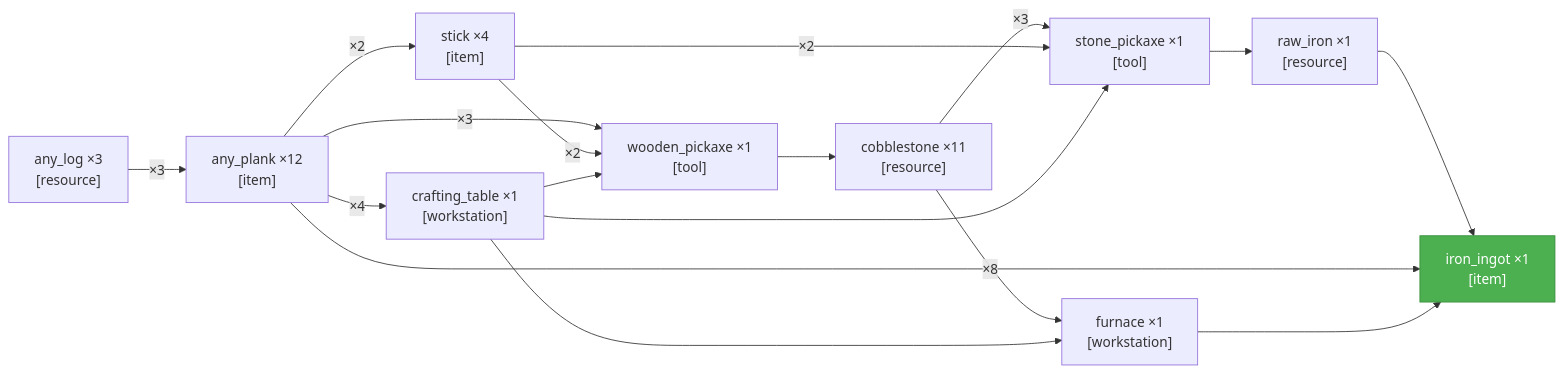
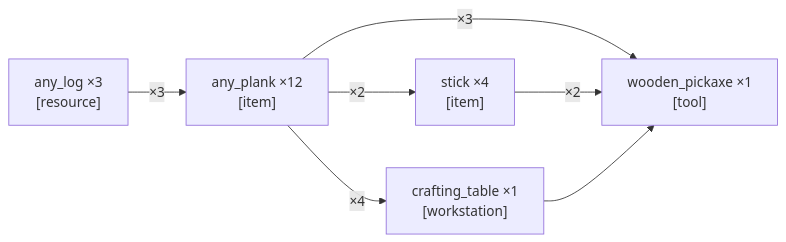
The diagram in achievement_hunter/current_graphs.md (tomfenno/embodied-intelligence-minecraft), drawn with Mermaid before and after one commit. The commit also changed other lines of this file and 11 other files, not shown here.

````diff
--- a/achievement_hunter/current_graphs.md
+++ b/achievement_hunter/current_graphs.md
@@ -4,30 +8,14 @@
 ```mermaid
 graph LR
-    iron_ingot["iron_ingot ×1<br/>[item]"]
-    raw_iron["raw_iron ×1<br/>[resource]"]
-    furnace["furnace ×1<br/>[workstation]"]
-    stone_pickaxe["stone_pickaxe ×1<br/>[tool]"]
-    cobblestone["cobblestone ×11<br/>[resource]"]
     wooden_pickaxe["wooden_pickaxe ×1<br/>[tool]"]
+    crafting_table["crafting_table ×1<br/>[workstation]"]
     stick["stick ×4<br/>[item]"]
-    crafting_table["crafting_table ×1<br/>[workstation]"]
     any_plank["any_plank ×12<br/>[item]"]
     any_log["any_log ×3<br/>[resource]"]
-    raw_iron -->iron_ingot
-    any_plank -->iron_ingot
-    furnace -->iron_ingot
-    stone_pickaxe -->raw_iron
-    cobblestone -->|"×8"| furnace
-    crafting_table -->furnace
-    cobblestone -->|"×3"| stone_pickaxe
-    stick -->|"×2"| stone_pickaxe
-    crafting_table -->stone_pickaxe
-    wooden_pickaxe -->cobblestone
+    any_log -->|"×3"| any_plank
+    any_plank -->|"×4"| crafting_table
     any_plank -->|"×2"| stick
     any_plank -->|"×3"| wooden_pickaxe
     stick -->|"×2"| wooden_pickaxe
     crafting_table -->wooden_pickaxe
-    any_plank -->|"×4"| crafting_table
-    any_log -->|"×3"| any_plank
-    style iron_ingot fill:#4CAF50,color:#fff,stroke:#388E3C
 ```
````
